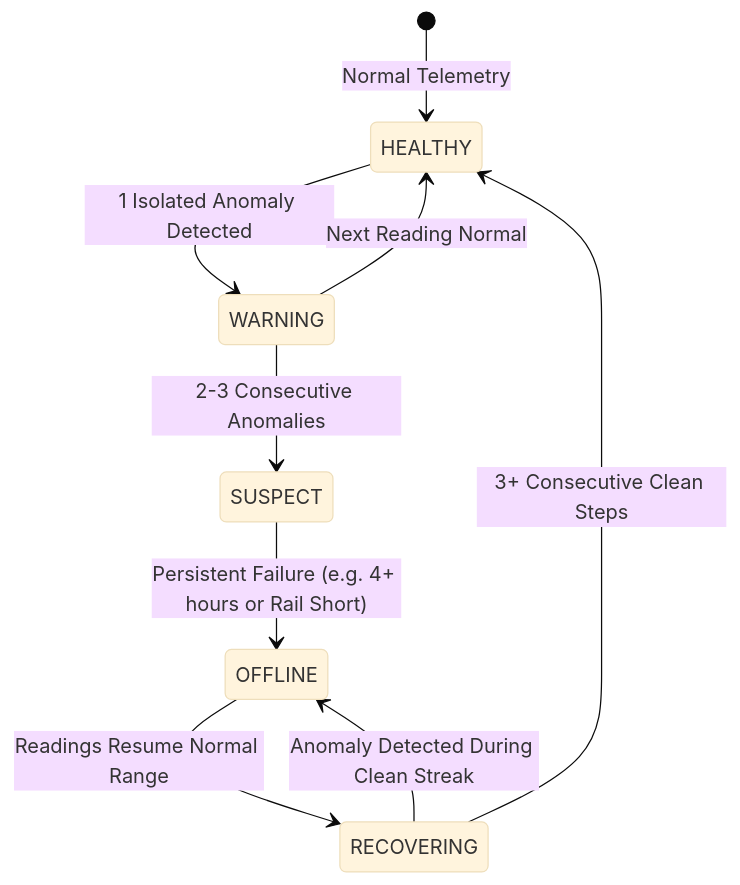
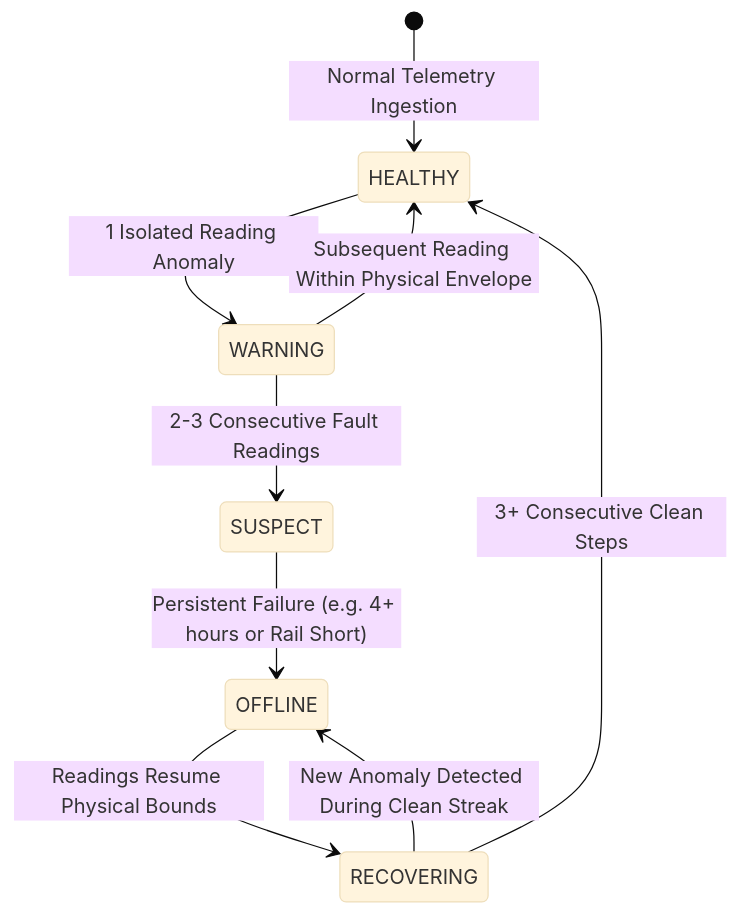
The second of 2 diagrams in README.md (inf-pranjal-01/hello-sky-), drawn with Mermaid (base theme) before and after one commit. The commit also changed other lines of this file and 1 other file, not shown here.

Commit message:
docs: update README with canonical evaluation, architecture diagrams, and benchmark regimes

````diff
--- a/README.md
+++ b/README.md
@@ -300,11 +295,11 @@
 ```mermaid
 stateDiagram-v2
-    [*] --> HEALTHY: Normal Telemetry
-    HEALTHY --> WARNING: 1 Isolated Anomaly Detected
-    WARNING --> HEALTHY: Next Reading Normal
-    WARNING --> SUSPECT: 2-3 Consecutive Anomalies
+    [*] --> HEALTHY: Normal Telemetry Ingestion
+    HEALTHY --> WARNING: 1 Isolated Reading Anomaly
+    WARNING --> HEALTHY: Subsequent Reading Within Physical Envelope
+    WARNING --> SUSPECT: 2-3 Consecutive Fault Readings
     SUSPECT --> OFFLINE: Persistent Failure (e.g. 4+ hours or Rail Short)
-    OFFLINE --> RECOVERING: Readings Resume Normal Range
+    OFFLINE --> RECOVERING: Readings Resume Physical Bounds
     RECOVERING --> HEALTHY: 3+ Consecutive Clean Steps
-    RECOVERING --> OFFLINE: Anomaly Detected During Clean Streak
+    RECOVERING --> OFFLINE: New Anomaly Detected During Clean Streak
 ```
````
